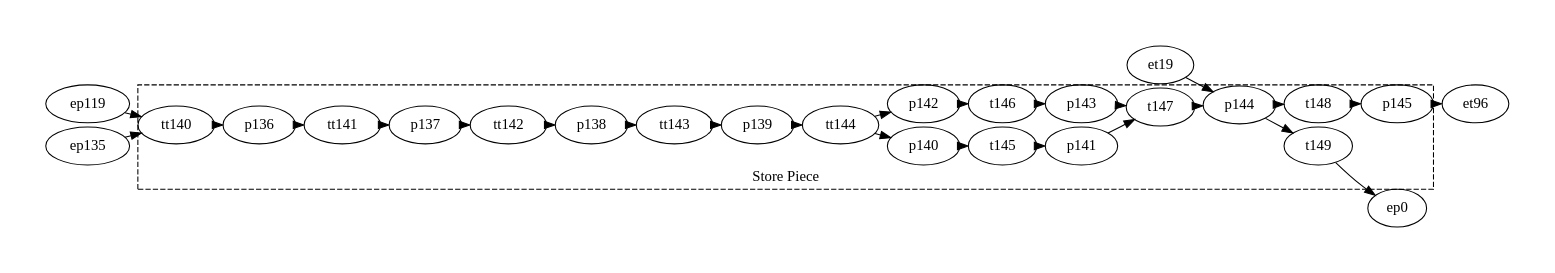
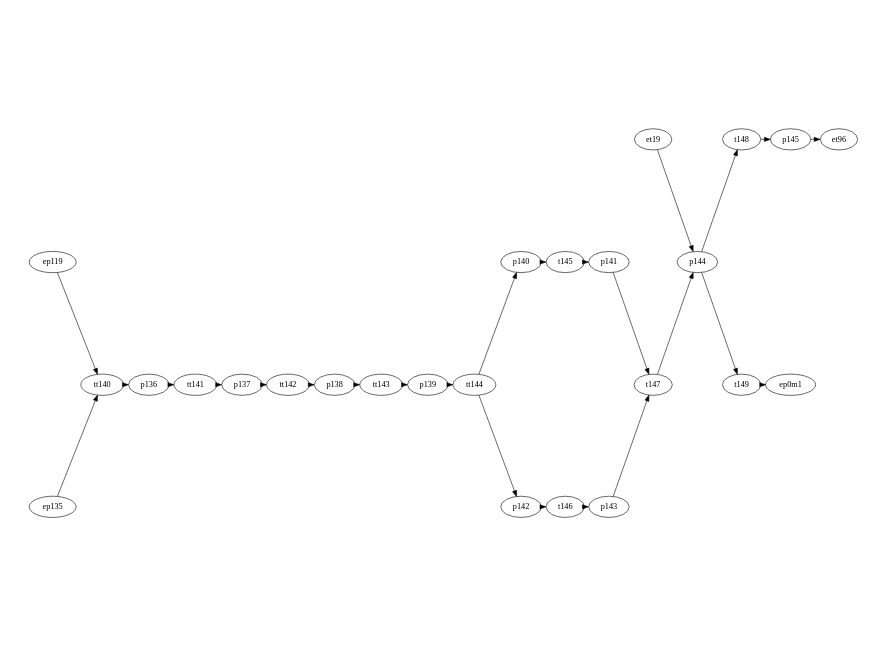
The diagram in figures/petriNets/dot/9-storePiece/storePiece.dot (Accacio/docsTCC), drawn with Graphviz before and after one commit. The commit also changed 63 other files, not shown here.

```diff
--- a/figures/petriNets/dot/9-storePiece/storePiece.dot
+++ b/figures/petriNets/dot/9-storePiece/storePiece.dot
@@ -1,85 +1,85 @@
 digraph A {
     # splines = ortho
     rankdir=LR;
     ratio=fill
     graph [pad="0.5", nodesep="0.05", ranksep="0.02"];
     margin=0;
-
+    size="11.7,8.3!"
 
 # Módulo armazenador (coloca peça e reset)
 
   p136
   p137
   p138
   p139
   p140
   p141
   p142
   p143
   p144
   p145
 
 
   tt140
   tt141
   tt142
   tt143
   tt144
   t145
   t146
   t147
   t148
   t149
 
 
-subgraph cluster_9 {
-  label="Store Piece";
-  labelloc = b
-  margin=0.3
-  style="dashed"
+# subgraph cluster_9 {
+#   label="Store Piece";
+#   labelloc = b
+#   margin=0.3
+#   style="dashed"
   # color="red"
   # pre
 
   p136 -> tt141
   p137 -> tt142
   p138 -> tt143
   p139 -> tt144
   p140 -> t145
   p141 -> t147
   p142 -> t146
   p143 -> t147
   p144 -> t148
   p144 -> t149
 
 
   #pos
 
   tt140 -> p136
   tt141 -> p137
   tt142 -> p138
   tt143 -> p139
   tt144 -> p140
   tt144 -> p142
   t145 -> p141
   t146 -> p143
   t147 -> p144
   t148 -> p145
 
 
-}
+# }
 
 ep119
 ep135
 ep119 -> tt140
 ep135 -> tt140
 
-ep0
-t149 -> ep0
+ep0m1
+t149 -> ep0m1
 
 et96
 p145 -> et96
 
 et19
 et19 -> p144
 
 }
```
